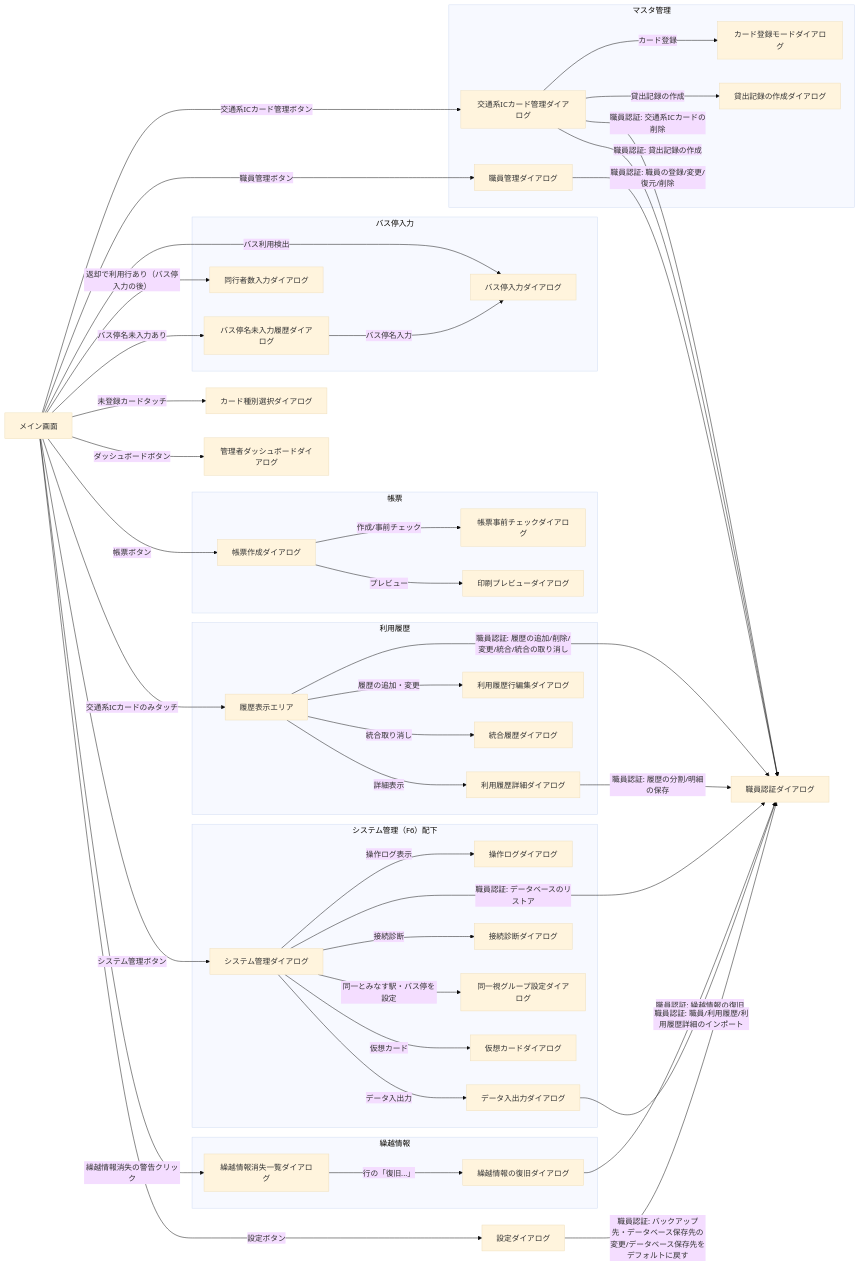
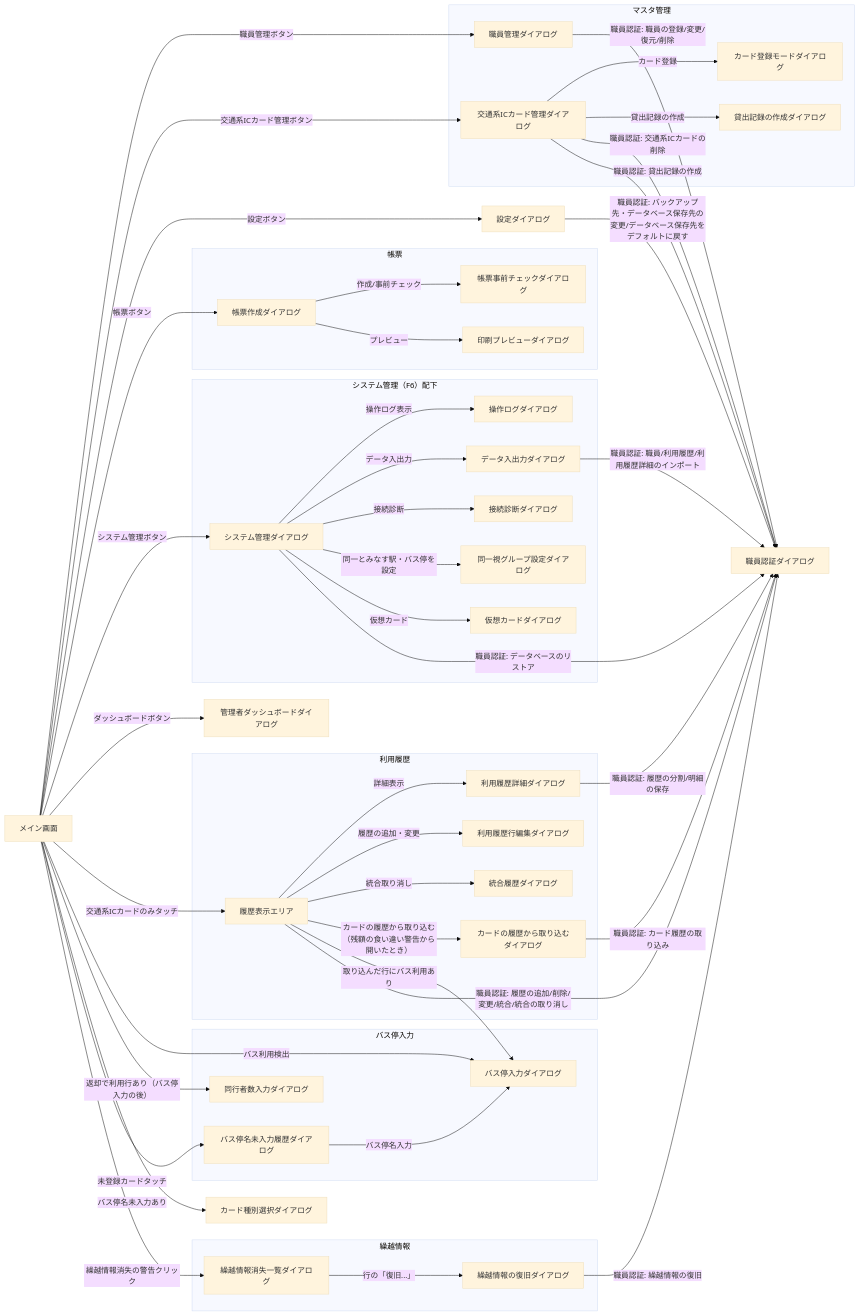
One commit to kuwayamamasayuki/ICCardManager changed the first of 2 diagrams in ICCardManager/docs/design/03_画面設計書.md. Above: the diagram before and after it, drawn with Mermaid (base theme). The commit also changed other lines of this file and 37 other files, not shown here.

````diff
--- a/ICCardManager/docs/design/03_画面設計書.md
+++ b/ICCardManager/docs/design/03_画面設計書.md
@@ -35,6 +35,7 @@
         LEDGERDETAIL[利用履歴詳細ダイアログ]
         LEDGERROWEDIT[利用履歴行編集ダイアログ]
         MERGEHIST[統合履歴ダイアログ]
+        CARDHISTIMP[カードの履歴から取り込むダイアログ]
     end
 
     subgraph SG_REPORT[帳票]
@@ -82,6 +83,8 @@
     HISTORY -->|詳細表示| LEDGERDETAIL
     HISTORY -->|履歴の追加・変更| LEDGERROWEDIT
     HISTORY -->|統合取り消し| MERGEHIST
+    HISTORY -->|カードの履歴から取り込む（残額の食い違い警告から開いたとき）| CARDHISTIMP
+    HISTORY -->|取り込んだ行にバス利用あり| BUSSTOP
     REPORT -->|作成/事前チェック| PREFLIGHT
     REPORT -->|プレビュー| PREVIEW
     INCBUSSTOP -->|バス停名入力| BUSSTOP
@@ -98,6 +101,7 @@
     LEDGERDETAIL -->|職員認証: 履歴の分割/明細の保存| STAFFAUTH
     SYSMGMT -->|職員認証: データベースのリストア| STAFFAUTH
     CARRYRECOVER -->|職員認証: 繰越情報の復旧| STAFFAUTH
+    CARDHISTIMP -->|職員認証: カード履歴の取り込み| STAFFAUTH
     DATAEXIMP -->|職員認証: 職員/利用履歴/利用履歴詳細のインポート| STAFFAUTH
     SETTINGS -->|職員認証: バックアップ先・データベース保存先の変更/データベース保存先をデフォルトに戻す| STAFFAUTH
 ```
````
